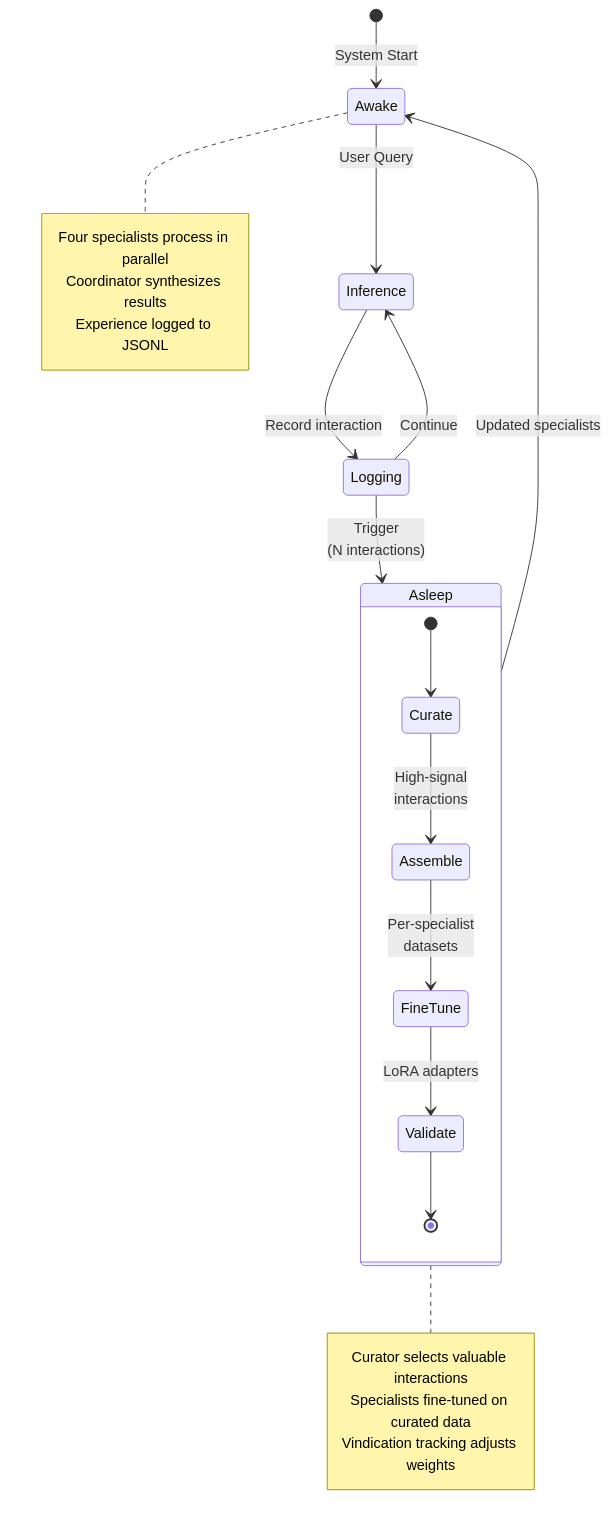
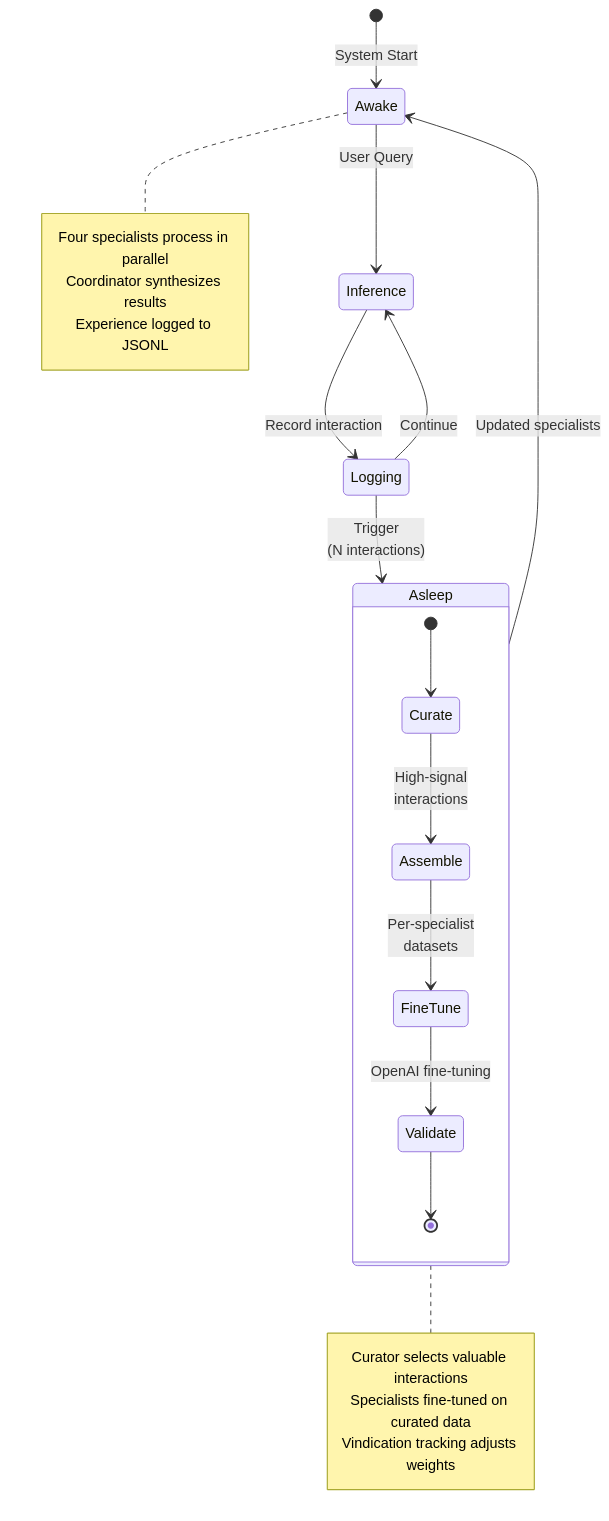
The third of 3 diagrams in README.md (info-arnav/CogArch), drawn with Mermaid before and after one commit. The commit also changed other lines of this file and 10 other files, not shown here.

````diff
--- a/README.md
+++ b/README.md
@@ -163,32 +175,32 @@
 ```mermaid
 stateDiagram-v2
     [*] --> Awake: System Start
 
     Awake --> Inference: User Query
     Inference --> Logging: Record interaction
     Logging --> Inference: Continue
 
     Logging --> Asleep: Trigger<br/>(N interactions)
 
     state Asleep {
         [*] --> Curate
         Curate --> Assemble: High-signal<br/>interactions
         Assemble --> FineTune: Per-specialist<br/>datasets
-        FineTune --> Validate: LoRA adapters
+        FineTune --> Validate: OpenAI fine-tuning
         Validate --> [*]
     }
 
     Asleep --> Awake: Updated specialists
 
     note right of Awake
         Four specialists process in parallel
         Coordinator synthesizes results
         Experience logged to JSONL
     end note
 
     note right of Asleep
         Curator selects valuable interactions
         Specialists fine-tuned on curated data
         Vindication tracking adjusts weights
     end note
 ```
````
